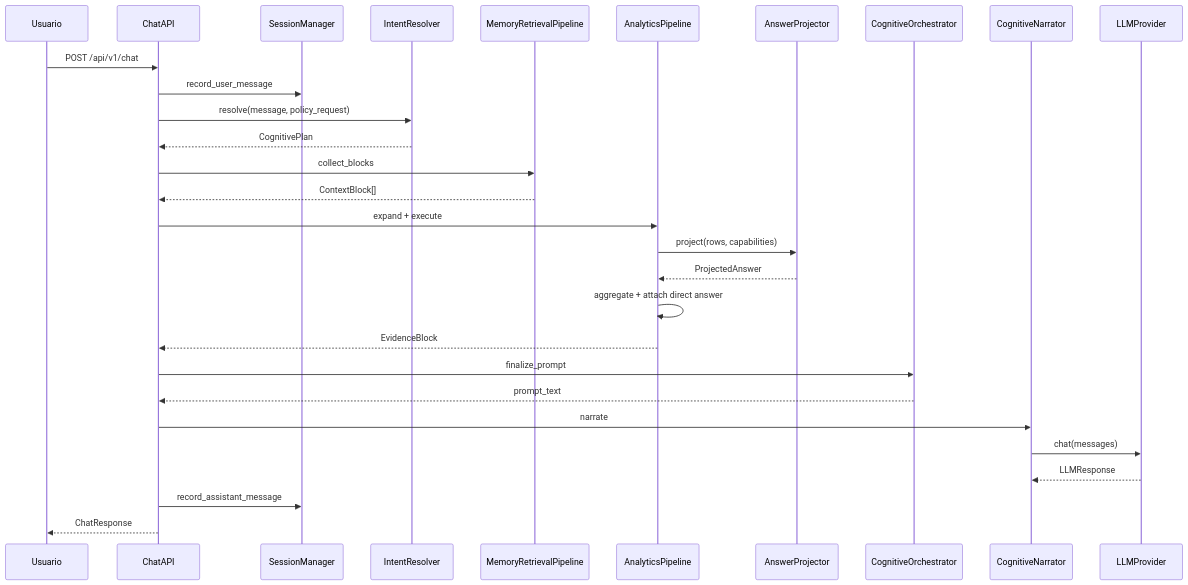
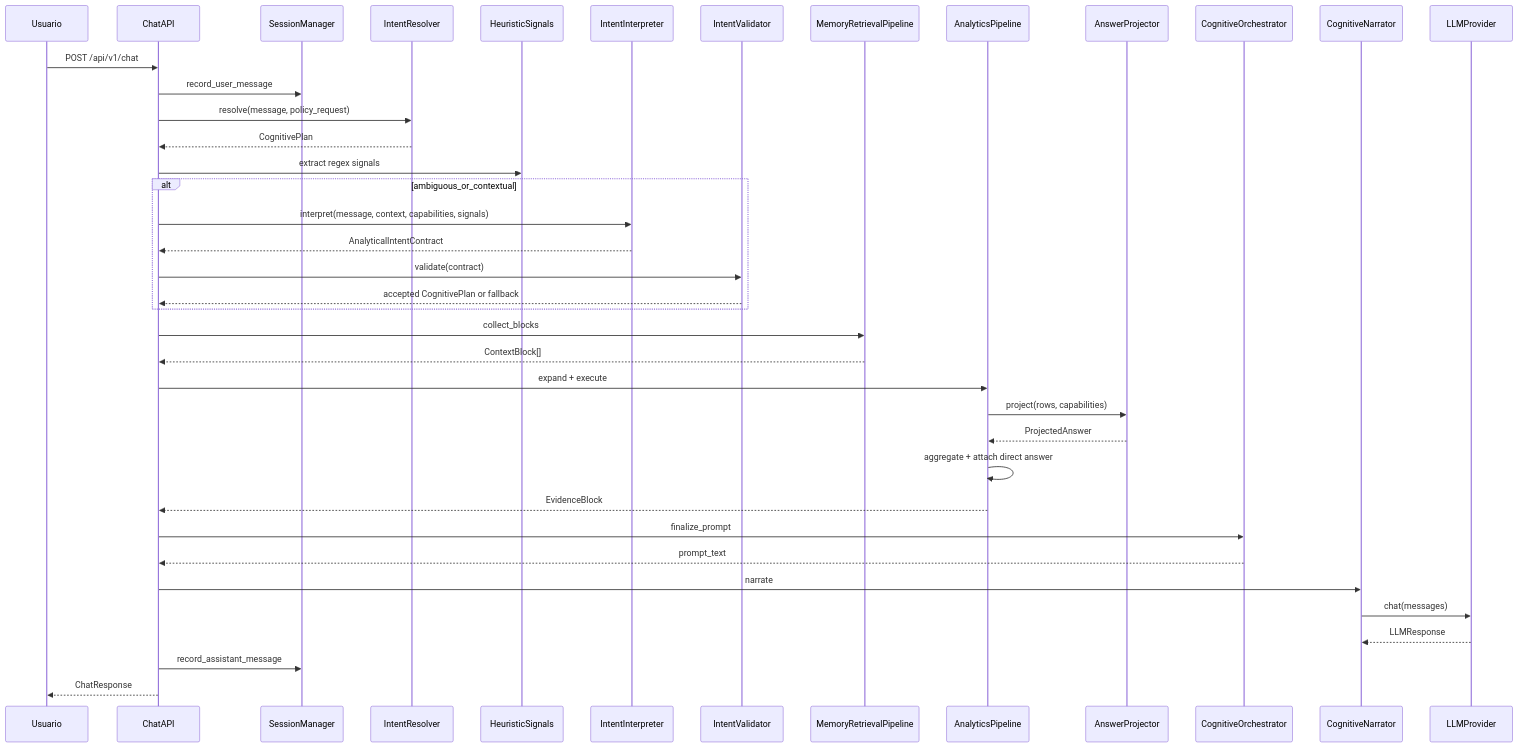
Before and after one commit to cristianosantana/jupter_notebook: the second of 15 diagrams in orion_mcp_v3/docs/architecture/ANALISE_ARQUITETURAL_SENIOR.md, drawn with Mermaid. The commit also changed other lines of this file and 71 other files, not shown here.

````diff
--- a/orion_mcp_v3/docs/architecture/ANALISE_ARQUITETURAL_SENIOR.md
+++ b/orion_mcp_v3/docs/architecture/ANALISE_ARQUITETURAL_SENIOR.md
@@ -234,32 +244,42 @@
 ```mermaid
 sequenceDiagram
     participant U as Usuario
     participant API as ChatAPI
     participant SM as SessionManager
     participant IR as IntentResolver
+    participant HS as HeuristicSignals
+    participant II as IntentInterpreter
+    participant IV as IntentValidator
     participant MEM as MemoryRetrievalPipeline
     participant ANA as AnalyticsPipeline
     participant AP as AnswerProjector
     participant ORCH as CognitiveOrchestrator
     participant NAR as CognitiveNarrator
     participant LLM as LLMProvider
 
     U->>API: POST /api/v1/chat
     API->>SM: record_user_message
     API->>IR: resolve(message, policy_request)
     IR-->>API: CognitivePlan
+    API->>HS: extract regex signals
+    alt ambiguous_or_contextual
+        API->>II: interpret(message, context, capabilities, signals)
+        II-->>API: AnalyticalIntentContract
+        API->>IV: validate(contract)
+        IV-->>API: accepted CognitivePlan or fallback
+    end
     API->>MEM: collect_blocks
     MEM-->>API: ContextBlock[]
     API->>ANA: expand + execute
     ANA->>AP: project(rows, capabilities)
     AP-->>ANA: ProjectedAnswer
     ANA->>ANA: aggregate + attach direct answer
     ANA-->>API: EvidenceBlock
     API->>ORCH: finalize_prompt
     ORCH-->>API: prompt_text
     API->>NAR: narrate
     NAR->>LLM: chat(messages)
     LLM-->>NAR: LLMResponse
     API->>SM: record_assistant_message
     API-->>U: ChatResponse
 ```
````
